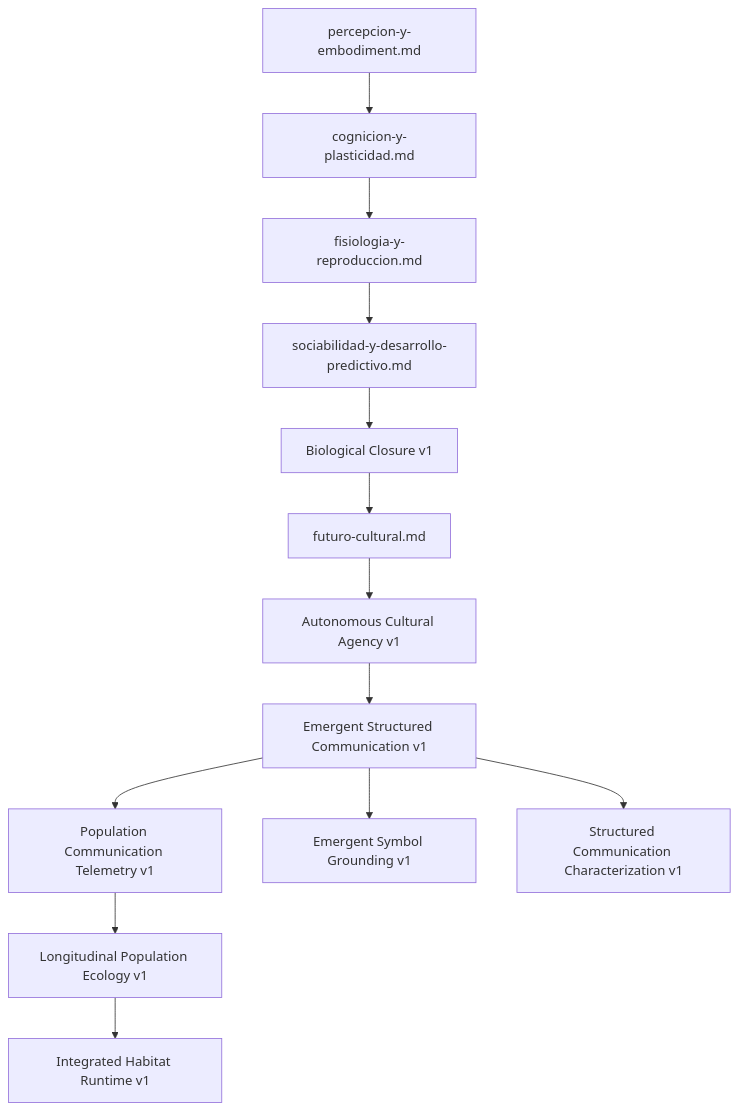
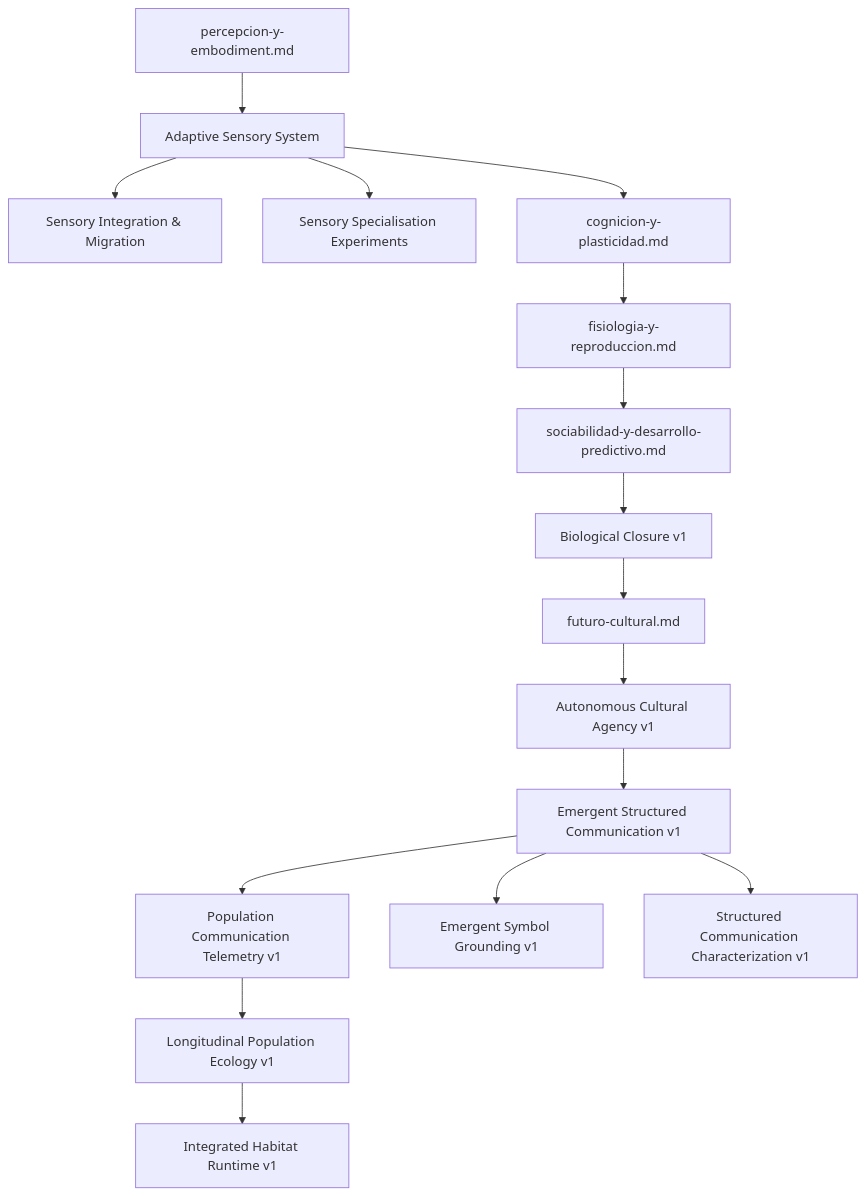
Before and after one commit to alessbarb/symbiont-lab: the diagram in docs/design/README.md, drawn with Mermaid. The commit also changed other lines of this file, not shown here.

Commit message:
docs(design): index adaptive sensory system specs

````diff
--- a/docs/design/README.md
+++ b/docs/design/README.md
@@ -16,15 +16,18 @@
 ```mermaid
 flowchart TD
-    PE["percepcion-y-embodiment.md"] --> CP["cognicion-y-plasticidad.md"]
+    PE["percepcion-y-embodiment.md"] --> ASS["Adaptive Sensory System"]
+    ASS --> ASI["Sensory Integration & Migration"]
+    ASS --> ASE["Sensory Specialisation Experiments"]
+    ASS --> CP["cognicion-y-plasticidad.md"]
     CP --> FR["fisiologia-y-reproduccion.md"]
     FR --> SD["sociabilidad-y-desarrollo-predictivo.md"]
     SD --> BC["Biological Closure v1"]
     BC --> FC["futuro-cultural.md"]
     FC --> ACA["Autonomous Cultural Agency v1"]
     ACA --> ESC["Emergent Structured Communication v1"]
     ESC --> PCT["Population Communication Telemetry v1"]
     PCT --> LPE["Longitudinal Population Ecology v1"]
     LPE --> IHR["Integrated Habitat Runtime v1"]
     ESC --> ESG["Emergent Symbol Grounding v1"]
     ESC --> SCC["Structured Communication Characterization v1"]
 ```
````
